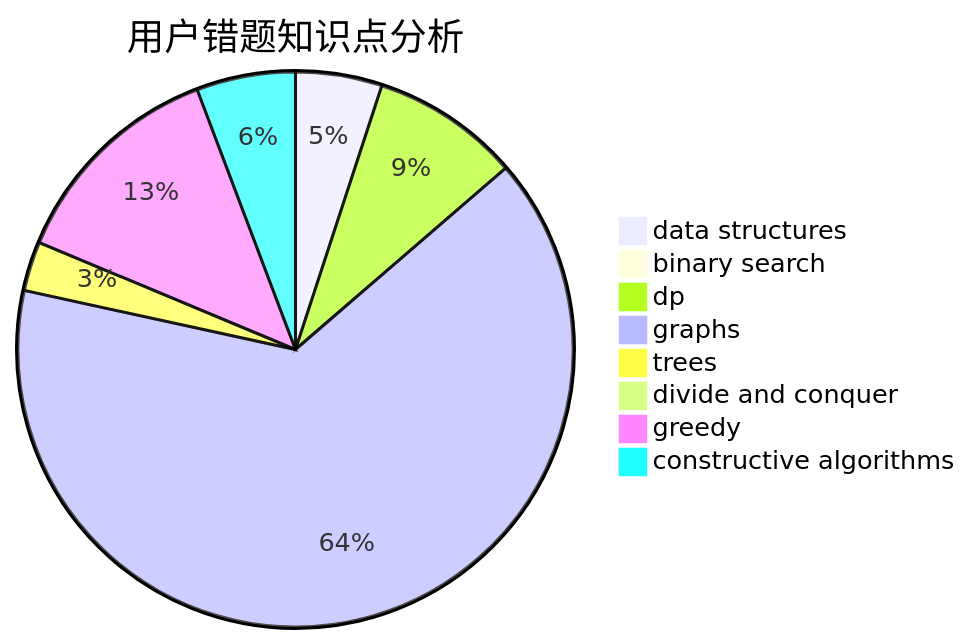
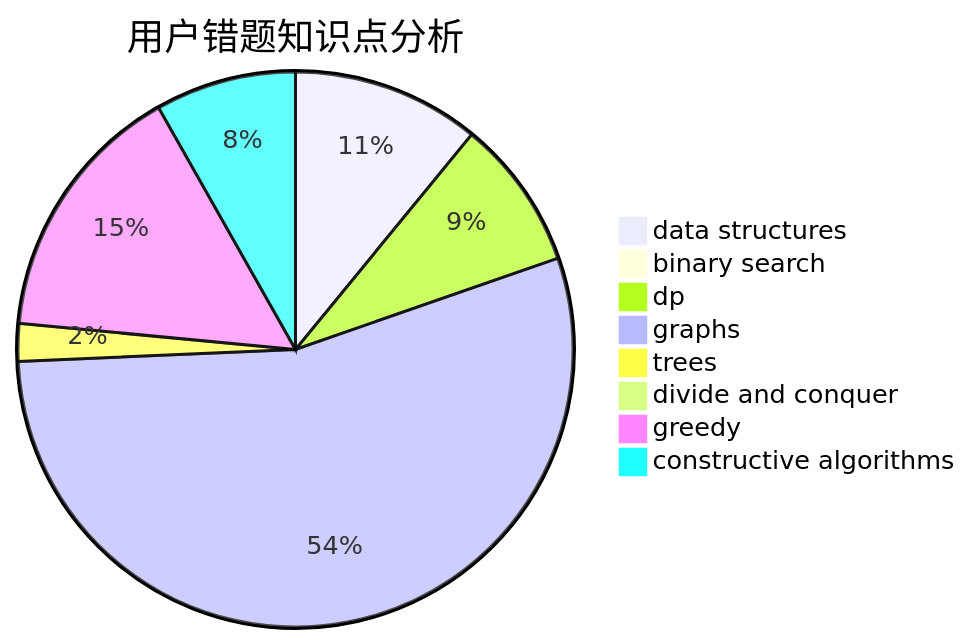
Before and after one commit to sherpahu/cfrs.github.io: the third of 3 diagrams in docs/user/u1819.md, drawn with Mermaid. The commit also changed other lines of this file and 2770 other files, not shown here.

````diff
--- a/docs/user/u1819.md
+++ b/docs/user/u1819.md
@@ -36,11 +36,11 @@
 ```mermaid
 pie title 用户错题知识点分析
-    "data structures" :  7
+    "data structures" :  20
     "binary search" :  1
-    "dp" :  12
-    "graphs" :  90
+    "dp" :  16
+    "graphs" :  100
     "trees" :  4
     "divide and conquer" :  0
-    "greedy" :  18
-    "constructive algorithms" :  8
+    "greedy" :  28
+    "constructive algorithms" :  15
 ```
````
